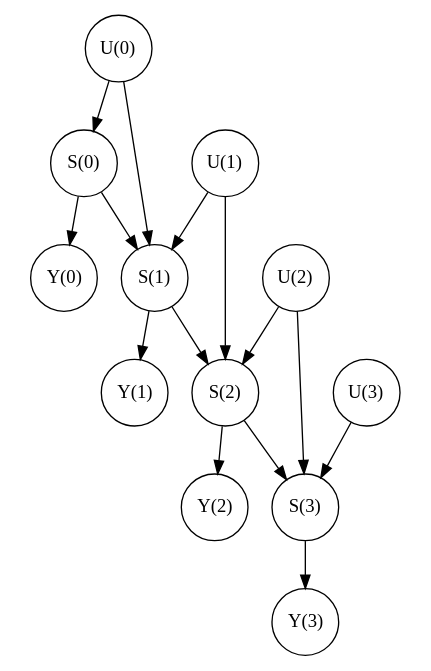
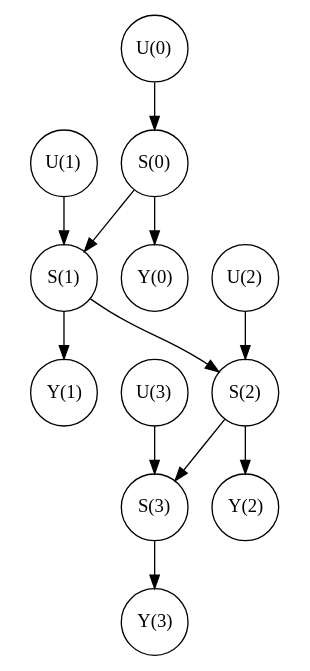
One commit to I2RLab/em-gaussian changed the diagram in iohmm.dot. Above: the diagram before and after it, drawn with Graphviz. The commit also changed 8 other files, not shown here.

```diff
--- a/iohmm.dot
+++ b/iohmm.dot
@@ -1,35 +1,32 @@
 digraph subscript {
     graph [pad="0.212,0.055" bgcolor=white]
     splines=true
     splines=spline
     node [fontname = "Trubechet MS Regular" fontsize=14 fixedsize=true width=.7];
 
     p0 [pos="-1.5,1.5!" shape=circle label=<U(0)>]
     p1 [pos="0,1.5!" shape=circle label=<U(1)>]
     p2 [pos="1.5,1.5!" shape=circle label=<U(2)>]
     p3 [pos="3,1.5!" shape=circle label=<U(3)>]
     t0 [pos="-1.5,0!" shape=circle label=<S(0)>]
     t1 [pos="0,0!" shape=circle label=<S(1)>]
     t2 [pos="1.5,0!" shape=circle label=<S(2)>]
     t3 [pos="3,0!" shape=circle label=<S(3)>]
 
     i0 [pos="-1.5,-1.5!" shape=circle label=<Y(0)>]
     i1 [pos="0.0,-1.5!" shape=circle label=<Y(1)>]
     i2 [pos="1.5,-1.5!" shape=circle label=<Y(2)>]
     i3 [pos="3.0,-1.5!" shape=circle label=<Y(3)>]
 
-    p0 -> t1
     p0 -> t0
     p1 -> t1
-    p1 -> t2
     p2 -> t2
-    p2 -> t3
     p3 -> t3
     t0 -> t1
     t0 -> i0
     t1 -> t2
     t2 -> t3
     t1 -> i1
     t2 -> i2
     t3 -> i3
       }
```
